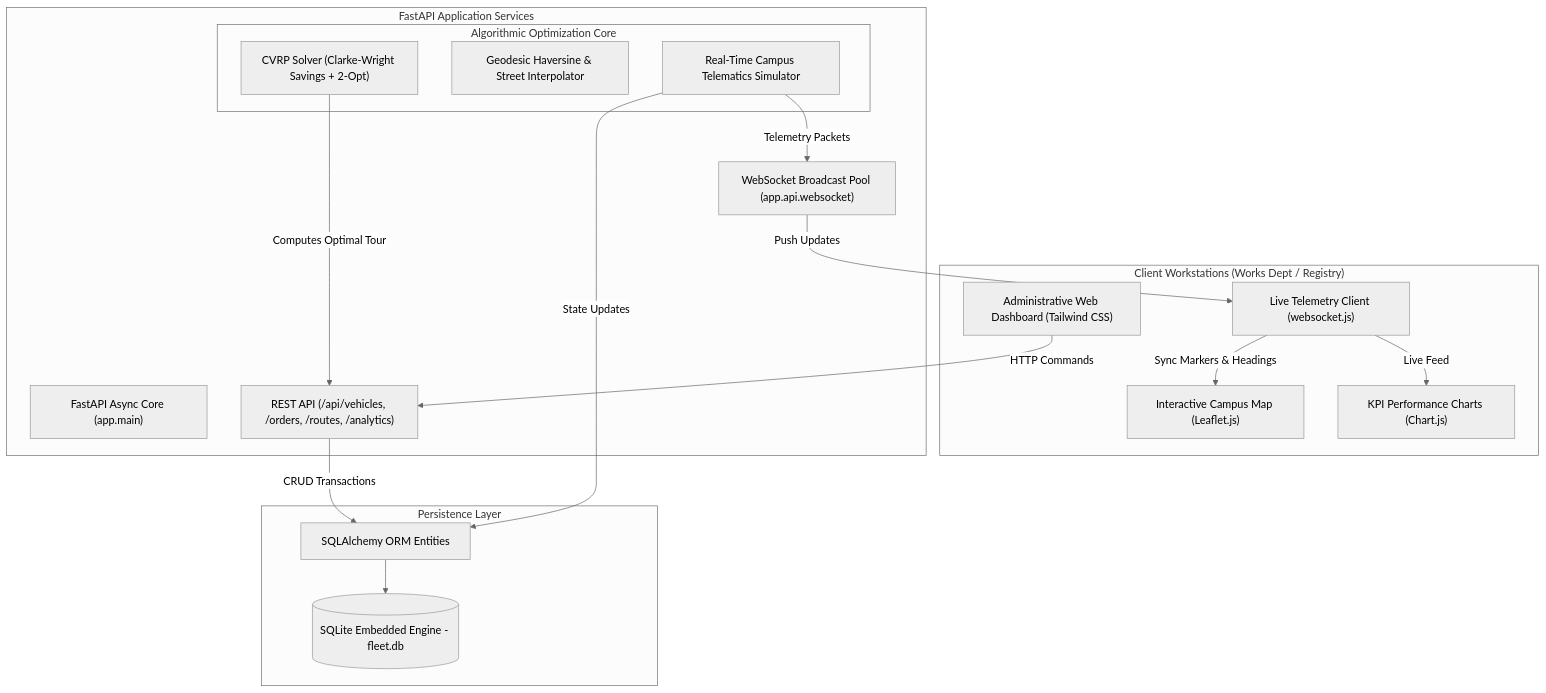
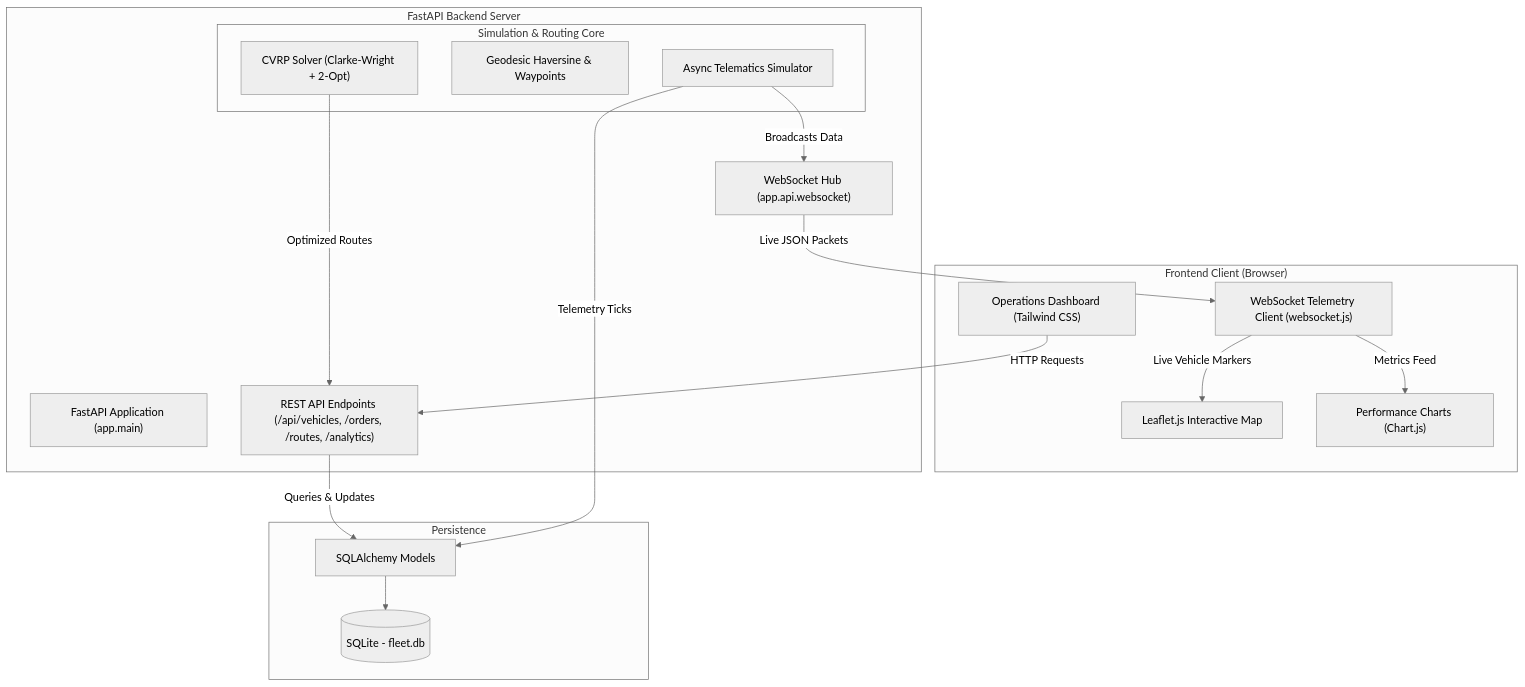
Before and after one commit to sighlars/university-of-ibadan-fleet-management: the diagram in README.md, drawn with Mermaid (neutral theme). The commit also changed other lines of this file and 10 other files, not shown here.

````diff
--- a/README.md
+++ b/README.md
@@ -90,36 +85,36 @@
 ```mermaid
 flowchart TD
-    subgraph UIClient["Client Workstations (Works Dept / Registry)"]
-        Browser["Administrative Web Dashboard (Tailwind CSS)"]
-        LiveMap["Interactive Campus Map (Leaflet.js)"]
-        SocketClient["Live Telemetry Client (websocket.js)"]
-        Analytics["KPI Performance Charts (Chart.js)"]
+    subgraph Frontend["Frontend Client (Browser)"]
+        UI["Operations Dashboard (Tailwind CSS)"]
+        Map["Leaflet.js Interactive Map"]
+        WS["WebSocket Telemetry Client (websocket.js)"]
+        Charts["Performance Charts (Chart.js)"]
     end
 
-    subgraph Backend["FastAPI Application Services"]
-        AppServer["FastAPI Async Core (app.main)"]
-        REST["REST API (/api/vehicles, /orders, /routes, /analytics)"]
-        Hub["WebSocket Broadcast Pool (app.api.websocket)"]
+    subgraph Backend["FastAPI Backend Server"]
+        App["FastAPI Application (app.main)"]
+        REST["REST API Endpoints (/api/vehicles, /orders, /routes, /analytics)"]
+        WSMgr["WebSocket Hub (app.api.websocket)"]
         
-        subgraph Engine["Algorithmic Optimization Core"]
-            CVRP["CVRP Solver (Clarke-Wright Savings + 2-Opt)"]
-            Geo["Geodesic Haversine & Street Interpolator"]
-            Sim["Real-Time Campus Telematics Simulator"]
+        subgraph Engine["Simulation & Routing Core"]
+            CVRP["CVRP Solver (Clarke-Wright + 2-Opt)"]
+            Geo["Geodesic Haversine & Waypoints"]
+            Sim["Async Telematics Simulator"]
         end
     end
 
-    subgraph Storage["Persistence Layer"]
-        DB[(SQLite Embedded Engine - fleet.db)]
-        ORM["SQLAlchemy ORM Entities"]
+    subgraph Database["Persistence"]
+        DB[(SQLite - fleet.db)]
+        ORM["SQLAlchemy Models"]
     end
 
-    Browser -->|HTTP Commands| REST
-    REST -->|CRUD Transactions| ORM
+    UI -->|HTTP Requests| REST
+    REST -->|Queries & Updates| ORM
     ORM --> DB
-    CVRP -->|Computes Optimal Tour| REST
-    Sim -->|State Updates| ORM
-    Sim -->|Telemetry Packets| Hub
-    Hub -->|Push Updates| SocketClient
-    SocketClient -->|Sync Markers & Headings| LiveMap
-    SocketClient -->|Live Feed| Analytics
+    CVRP -->|Optimized Routes| REST
+    Sim -->|Telemetry Ticks| ORM
+    Sim -->|Broadcasts Data| WSMgr
+    WSMgr -->|Live JSON Packets| WS
+    WS -->|Live Vehicle Markers| Map
+    WS -->|Metrics Feed| Charts
 ```
````
